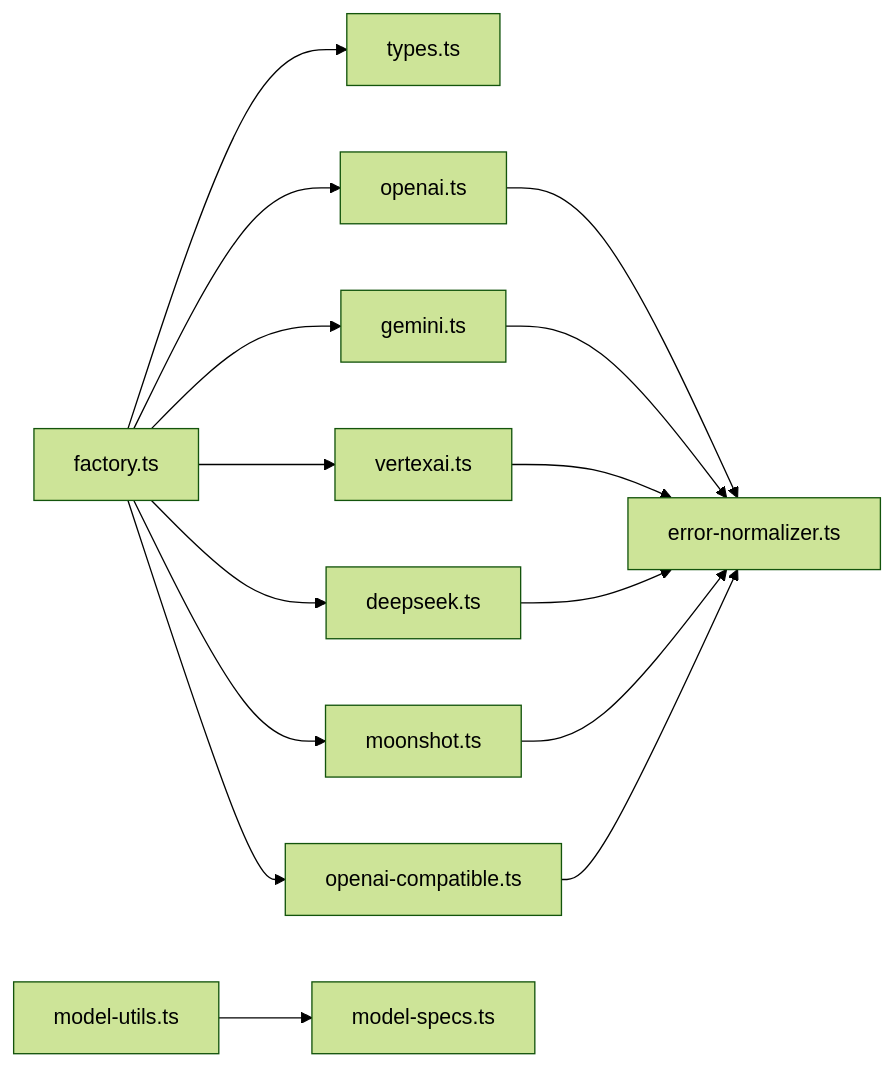
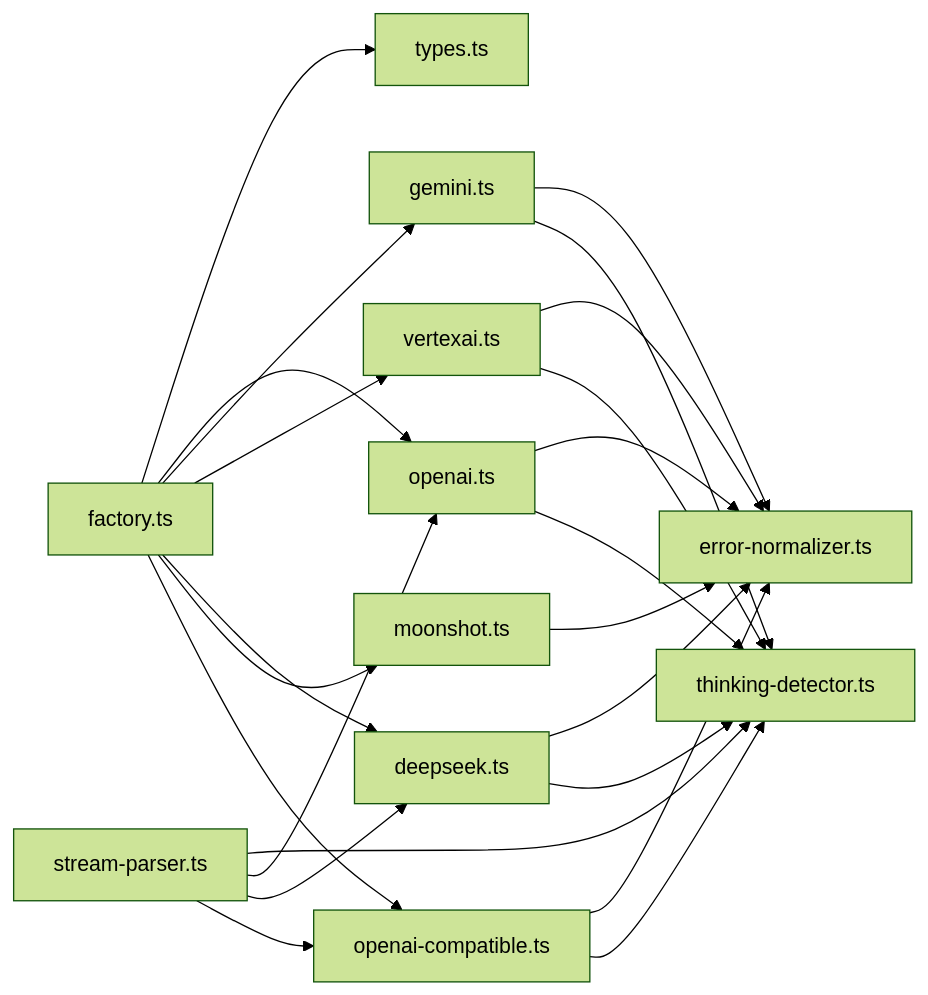
The sixth of 6 diagrams in .qoder/repowiki/zh/content/多提供商模型集成/多提供商模型集成.md (NarcisWL/Nexara), drawn with Mermaid (forest theme) before and after one commit. The commit also changed other lines of this file and 4 other files, not shown here.

Commit message:
docs(wiki): update documentation for ThinkingDetector and chat refactoring

````diff
--- a/.qoder/repowiki/zh/content/多提供商模型集成/多提供商模型集成.md
+++ b/.qoder/repowiki/zh/content/多提供商模型集成/多提供商模型集成.md
@@ -280,17 +371,25 @@
 ```mermaid
 graph LR
 Factory["factory.ts"] --> Types["types.ts"]
 Factory --> OA["openai.ts"]
 Factory --> GM["gemini.ts"]
 Factory --> VT["vertexai.ts"]
 Factory --> DS["deepseek.ts"]
 Factory --> MK["moonshot.ts"]
 Factory --> OC["openai-compatible.ts"]
 OA --> EN["error-normalizer.ts"]
 GM --> EN
 VT --> EN
 DS --> EN
 MK --> EN
 OC --> EN
-Utils["model-utils.ts"] --> Specs["model-specs.ts"]
+OA --> TD["thinking-detector.ts"]
+DS --> TD
+OC --> TD
+GM --> TD
+VT --> TD
+SP["stream-parser.ts"] --> TD
+SP --> OA
+SP --> DS
+SP --> OC
 ```
````
